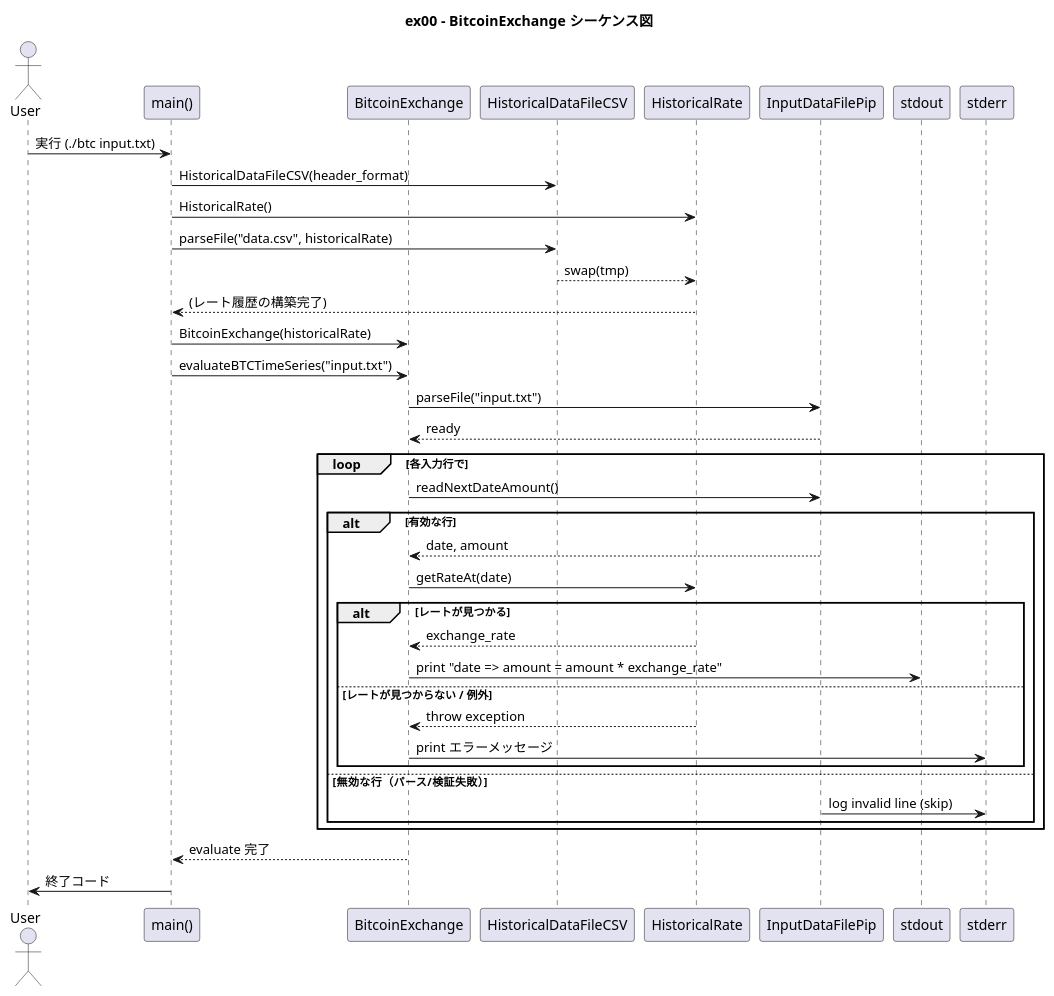
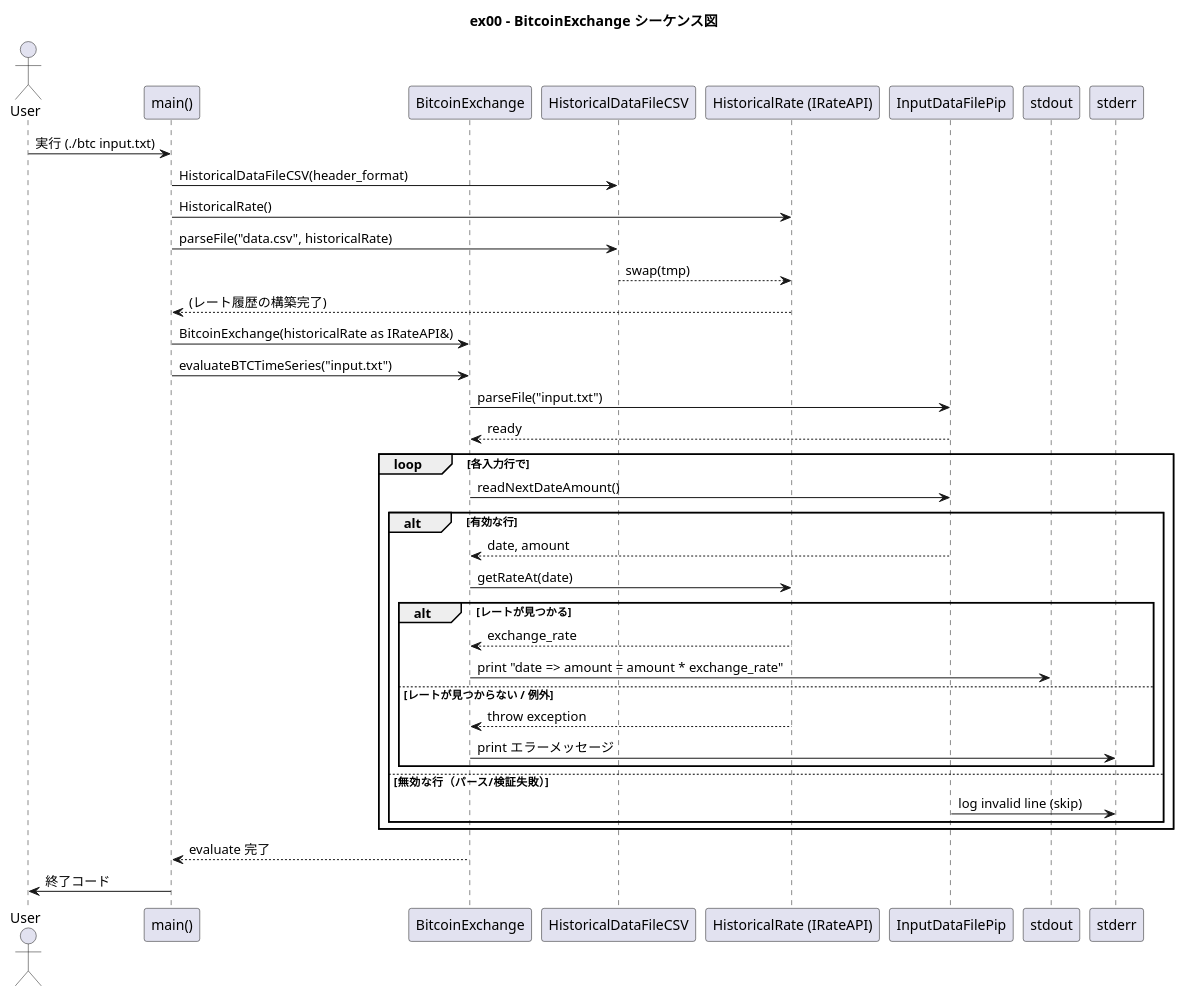
Before and after one commit to ra121e/cpp09: the diagram in ex00/sequence_ex00.puml, drawn with PlantUML. The commit also changed 13 other files, not shown here.

```diff
--- a/ex00/sequence_ex00.puml
+++ b/ex00/sequence_ex00.puml
@@ -1,45 +1,45 @@
 @startuml ex00_sequence
 title ex00 - BitcoinExchange シーケンス図
 
 actor User
 participant Main as "main()"
 participant BitcoinExchange as "BitcoinExchange"
 participant HistoricalDataFileCSV as "HistoricalDataFileCSV"
-participant HistoricalRate as "HistoricalRate"
+participant HistoricalRate as "HistoricalRate (IRateAPI)"
 participant InputDataFilePip as "InputDataFilePip"
 participant StdOut as "stdout"
 participant StdErr as "stderr"
 
 User -> Main: 実行 (./btc input.txt)
 Main -> HistoricalDataFileCSV: HistoricalDataFileCSV(header_format)
 Main -> HistoricalRate: HistoricalRate()
 Main -> HistoricalDataFileCSV: parseFile("data.csv", historicalRate)
 HistoricalDataFileCSV --> HistoricalRate: swap(tmp)
 HistoricalRate --> Main: (レート履歴の構築完了)
-Main -> BitcoinExchange: BitcoinExchange(historicalRate)
+Main -> BitcoinExchange: BitcoinExchange(historicalRate as IRateAPI&)
 
 Main -> BitcoinExchange: evaluateBTCTimeSeries("input.txt")
 BitcoinExchange -> InputDataFilePip: parseFile("input.txt")
 InputDataFilePip --> BitcoinExchange: ready
 
 loop 各入力行で
     BitcoinExchange -> InputDataFilePip: readNextDateAmount()
     alt 有効な行
         InputDataFilePip --> BitcoinExchange: date, amount
         BitcoinExchange -> HistoricalRate: getRateAt(date)
         alt レートが見つかる
             HistoricalRate --> BitcoinExchange: exchange_rate
             BitcoinExchange -> StdOut: print "date => amount = amount * exchange_rate"
         else レートが見つからない / 例外
             HistoricalRate --> BitcoinExchange: throw exception
             BitcoinExchange -> StdErr: print エラーメッセージ
         end
     else 無効な行（パース/検証失敗）
         InputDataFilePip -> StdErr: log invalid line (skip)
     end
 end
 
 BitcoinExchange --> Main: evaluate 完了
 Main -> User: 終了コード
 
 @enduml
```
